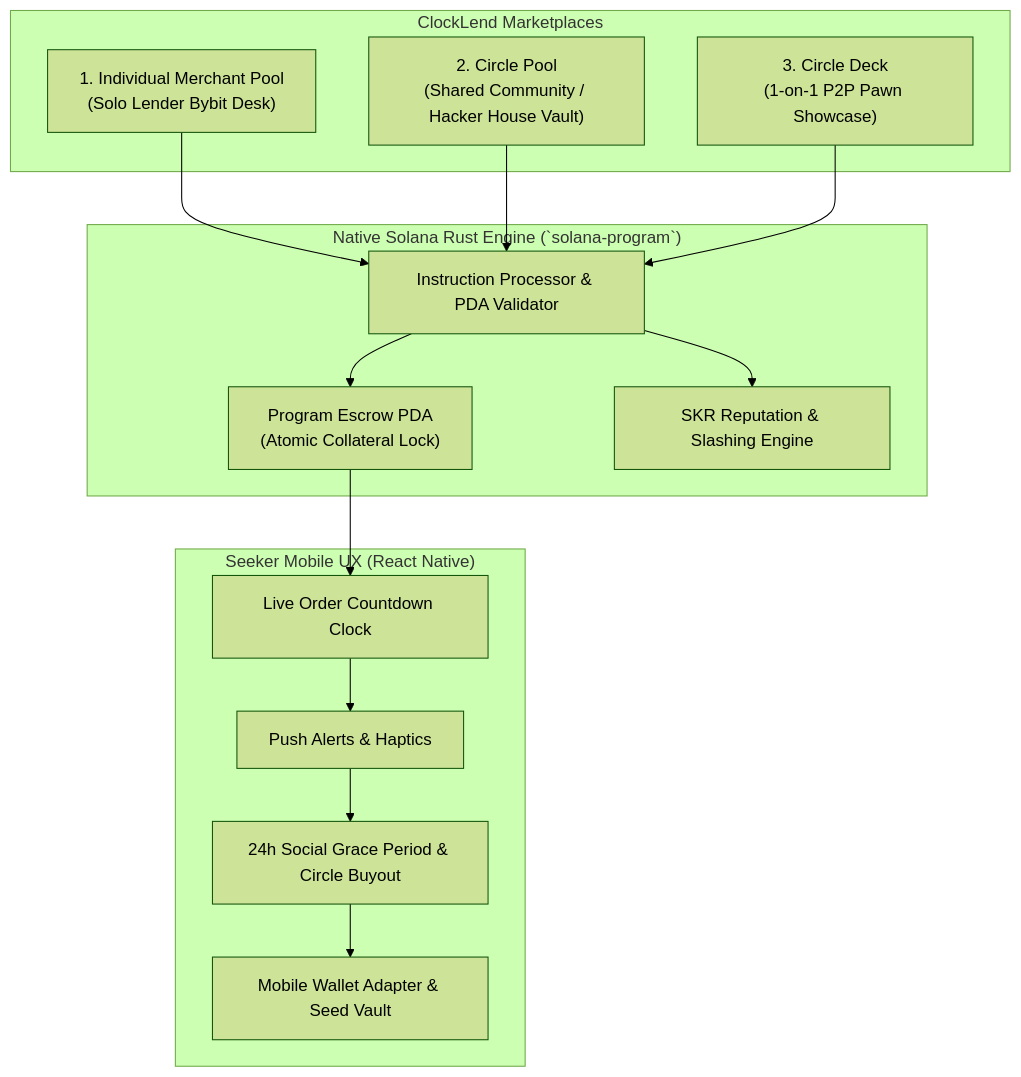
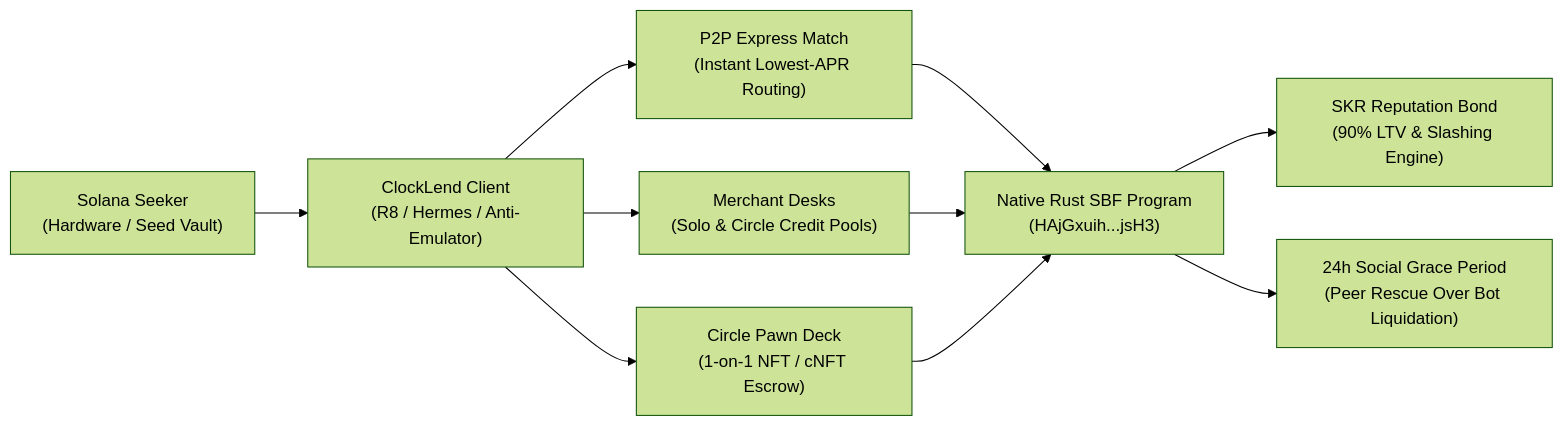
One commit to luckysitara/Clock-It changed the first of 4 diagrams in README.md. Above: the diagram before and after it, drawn with Mermaid (forest theme). The commit also changed other lines of this file and 1 other file, not shown here.

````diff
--- a/README.md
+++ b/README.md
@@ -24,29 +45,10 @@
 ```mermaid
-flowchart TD
-    subgraph Marketplaces ["ClockLend Marketplaces"]
-        IndPool["1. Individual Merchant Pool<br>(Solo Lender Bybit Desk)"]
-        CircPool["2. Circle Pool<br>(Shared Community / Hacker House Vault)"]
-        CircDeck["3. Circle Deck<br>(1-on-1 P2P Pawn Showcase)"]
-    end
-
-    subgraph NativeRustCore ["Native Solana Rust Engine (`solana-program`)"]
-        Router["Instruction Processor & PDA Validator"]
-        EscrowPDA["Program Escrow PDA<br>(Atomic Collateral Lock)"]
-        Bonding["SKR Reputation & Slashing Engine"]
-    end
-
-    subgraph MobileSeeker ["Seeker Mobile UX (React Native)"]
-        MWA["Mobile Wallet Adapter & Seed Vault"]
-        Timer["Live Order Countdown Clock"]
-        Push["Push Alerts & Haptics"]
-        Grace["24h Social Grace Period & Circle Buyout"]
-    end
-
-    IndPool --> Router
-    CircPool --> Router
-    CircDeck --> Router
-    Router --> EscrowPDA
-    Router --> Bonding
-    EscrowPDA --> Timer
-    Timer --> Push --> Grace --> MWA
+flowchart LR
+    A["Solana Seeker<br>(Hardware / Seed Vault)"] --> B["ClockLend Client<br>(R8 / Hermes / Anti-Emulator)"]
+    B --> C["P2P Express Match<br>(Instant Lowest-APR Routing)"]
+    B --> D["Merchant Desks<br>(Solo & Circle Credit Pools)"]
+    B --> E["Circle Pawn Deck<br>(1-on-1 NFT / cNFT Escrow)"]
+    C & D & E --> F["Native Rust SBF Program<br>(HAjGxuih...jsH3)"]
+    F --> G["SKR Reputation Bond<br>(90% LTV & Slashing Engine)"]
+    F --> H["24h Social Grace Period<br>(Peer Rescue Over Bot Liquidation)"]
 ```
````
